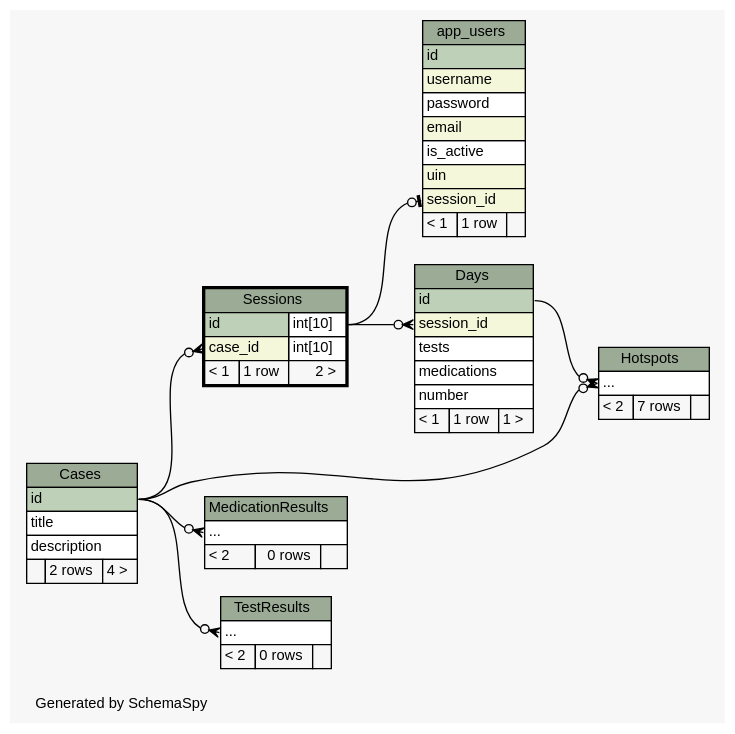
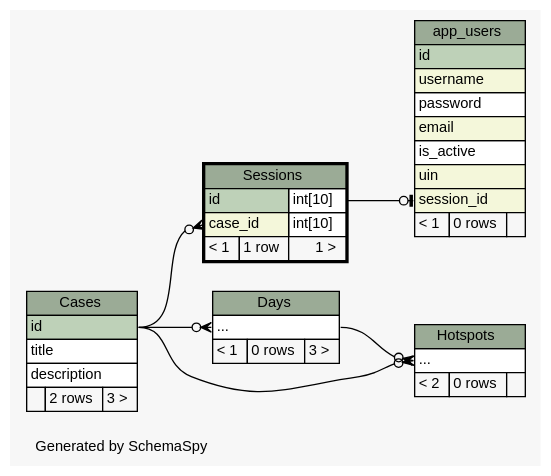
Before and after one commit to carrel2/CaseStudies: the diagram in web/files/schema/diagrams/Sessions.2degrees.dot, drawn with Graphviz. The commit also changed 88 other files, not shown here.

```diff
--- a/web/files/schema/diagrams/Sessions.2degrees.dot
+++ b/web/files/schema/diagrams/Sessions.2degrees.dot
@@ -1,112 +1,86 @@
-// dot 2.38.0 on Linux 4.4.0-59-generic
+// dot 2.38.0 on Linux 4.4.0-62-generic
 // SchemaSpy rev 590
 digraph "twoDegreesRelationshipsDiagram" {
   graph [
     rankdir="RL"
     bgcolor="#f7f7f7"
     label="\nGenerated by SchemaSpy"
     labeljust="l"
     nodesep="0.18"
     ranksep="0.46"
     fontname="Helvetica"
     fontsize="11"
   ];
   node [
     fontname="Helvetica"
     fontsize="11"
     shape="plaintext"
   ];
   edge [
     arrowsize="0.8"
   ];
   "app_users":"session_id":w -> "Sessions":"id.type":e [arrowhead=none dir=back arrowtail=teeodot];
-  "Days":"session_id":w -> "Sessions":"id.type":e [arrowhead=none dir=back arrowtail=crowodot];
+  "Days":"elipses":w -> "Cases":"id":e [arrowhead=none dir=back arrowtail=crowodot];
   "Hotspots":"elipses":w -> "Cases":"id":e [arrowhead=none dir=back arrowtail=crowodot];
-  "Hotspots":"elipses":w -> "Days":"id":e [arrowhead=none dir=back arrowtail=crowodot];
-  "MedicationResults":"elipses":w -> "Cases":"id":e [arrowhead=none dir=back arrowtail=crowodot];
+  "Hotspots":"elipses":w -> "Days":"elipses":e [arrowhead=none dir=back arrowtail=crowodot];
   "Sessions":"case_id":w -> "Cases":"id":e [arrowhead=none dir=back arrowtail=crowodot];
-  "TestResults":"elipses":w -> "Cases":"id":e [arrowhead=none dir=back arrowtail=crowodot];
   "app_users" [
     label=<
     <TABLE BORDER="0" CELLBORDER="1" CELLSPACING="0" BGCOLOR="#ffffff">
       <TR><TD COLSPAN="3" BGCOLOR="#9bab96" ALIGN="CENTER">app_users</TD></TR>
       <TR><TD PORT="id" COLSPAN="3" BGCOLOR="#bed1b8" ALIGN="LEFT">id</TD></TR>
       <TR><TD PORT="username" COLSPAN="3" BGCOLOR="#f4f7da" ALIGN="LEFT">username</TD></TR>
       <TR><TD PORT="password" COLSPAN="3" ALIGN="LEFT">password</TD></TR>
       <TR><TD PORT="email" COLSPAN="3" BGCOLOR="#f4f7da" ALIGN="LEFT">email</TD></TR>
       <TR><TD PORT="is_active" COLSPAN="3" ALIGN="LEFT">is_active</TD></TR>
       <TR><TD PORT="uin" COLSPAN="3" BGCOLOR="#f4f7da" ALIGN="LEFT">uin</TD></TR>
       <TR><TD PORT="session_id" COLSPAN="3" BGCOLOR="#f4f7da" ALIGN="LEFT">session_id</TD></TR>
-      <TR><TD ALIGN="LEFT" BGCOLOR="#f7f7f7">&lt; 1</TD><TD ALIGN="RIGHT" BGCOLOR="#f7f7f7">1 row</TD><TD ALIGN="RIGHT" BGCOLOR="#f7f7f7">  </TD></TR>
+      <TR><TD ALIGN="LEFT" BGCOLOR="#f7f7f7">&lt; 1</TD><TD ALIGN="RIGHT" BGCOLOR="#f7f7f7">0 rows</TD><TD ALIGN="RIGHT" BGCOLOR="#f7f7f7">  </TD></TR>
     </TABLE>>
     URL="app_users.html"
     tooltip="app_users"
   ];
   "Cases" [
     label=<
     <TABLE BORDER="0" CELLBORDER="1" CELLSPACING="0" BGCOLOR="#ffffff">
       <TR><TD COLSPAN="3" BGCOLOR="#9bab96" ALIGN="CENTER">Cases</TD></TR>
       <TR><TD PORT="id" COLSPAN="3" BGCOLOR="#bed1b8" ALIGN="LEFT">id</TD></TR>
       <TR><TD PORT="title" COLSPAN="3" ALIGN="LEFT">title</TD></TR>
       <TR><TD PORT="description" COLSPAN="3" ALIGN="LEFT">description</TD></TR>
-      <TR><TD ALIGN="LEFT" BGCOLOR="#f7f7f7">  </TD><TD ALIGN="RIGHT" BGCOLOR="#f7f7f7">2 rows</TD><TD ALIGN="RIGHT" BGCOLOR="#f7f7f7">4 &gt;</TD></TR>
+      <TR><TD ALIGN="LEFT" BGCOLOR="#f7f7f7">  </TD><TD ALIGN="RIGHT" BGCOLOR="#f7f7f7">2 rows</TD><TD ALIGN="RIGHT" BGCOLOR="#f7f7f7">3 &gt;</TD></TR>
     </TABLE>>
     URL="Cases.html"
     tooltip="Cases"
   ];
   "Days" [
     label=<
     <TABLE BORDER="0" CELLBORDER="1" CELLSPACING="0" BGCOLOR="#ffffff">
       <TR><TD COLSPAN="3" BGCOLOR="#9bab96" ALIGN="CENTER">Days</TD></TR>
-      <TR><TD PORT="id" COLSPAN="3" BGCOLOR="#bed1b8" ALIGN="LEFT">id</TD></TR>
-      <TR><TD PORT="session_id" COLSPAN="3" BGCOLOR="#f4f7da" ALIGN="LEFT">session_id</TD></TR>
-      <TR><TD PORT="tests" COLSPAN="3" ALIGN="LEFT">tests</TD></TR>
-      <TR><TD PORT="medications" COLSPAN="3" ALIGN="LEFT">medications</TD></TR>
-      <TR><TD PORT="number" COLSPAN="3" ALIGN="LEFT">number</TD></TR>
-      <TR><TD ALIGN="LEFT" BGCOLOR="#f7f7f7">&lt; 1</TD><TD ALIGN="RIGHT" BGCOLOR="#f7f7f7">1 row</TD><TD ALIGN="RIGHT" BGCOLOR="#f7f7f7">1 &gt;</TD></TR>
+      <TR><TD PORT="elipses" COLSPAN="3" ALIGN="LEFT">...</TD></TR>
+      <TR><TD ALIGN="LEFT" BGCOLOR="#f7f7f7">&lt; 1</TD><TD ALIGN="RIGHT" BGCOLOR="#f7f7f7">0 rows</TD><TD ALIGN="RIGHT" BGCOLOR="#f7f7f7">3 &gt;</TD></TR>
     </TABLE>>
     URL="Days.html"
     tooltip="Days"
   ];
   "Hotspots" [
     label=<
     <TABLE BORDER="0" CELLBORDER="1" CELLSPACING="0" BGCOLOR="#ffffff">
       <TR><TD COLSPAN="3" BGCOLOR="#9bab96" ALIGN="CENTER">Hotspots</TD></TR>
       <TR><TD PORT="elipses" COLSPAN="3" ALIGN="LEFT">...</TD></TR>
-      <TR><TD ALIGN="LEFT" BGCOLOR="#f7f7f7">&lt; 2</TD><TD ALIGN="RIGHT" BGCOLOR="#f7f7f7">7 rows</TD><TD ALIGN="RIGHT" BGCOLOR="#f7f7f7">  </TD></TR>
+      <TR><TD ALIGN="LEFT" BGCOLOR="#f7f7f7">&lt; 2</TD><TD ALIGN="RIGHT" BGCOLOR="#f7f7f7">0 rows</TD><TD ALIGN="RIGHT" BGCOLOR="#f7f7f7">  </TD></TR>
     </TABLE>>
     URL="Hotspots.html"
     tooltip="Hotspots"
-  ];
-  "MedicationResults" [
-    label=<
-    <TABLE BORDER="0" CELLBORDER="1" CELLSPACING="0" BGCOLOR="#ffffff">
-      <TR><TD COLSPAN="3" BGCOLOR="#9bab96" ALIGN="CENTER">MedicationResults</TD></TR>
-      <TR><TD PORT="elipses" COLSPAN="3" ALIGN="LEFT">...</TD></TR>
-      <TR><TD ALIGN="LEFT" BGCOLOR="#f7f7f7">&lt; 2</TD><TD ALIGN="RIGHT" BGCOLOR="#f7f7f7">0 rows</TD><TD ALIGN="RIGHT" BGCOLOR="#f7f7f7">  </TD></TR>
-    </TABLE>>
-    URL="MedicationResults.html"
-    tooltip="MedicationResults"
   ];
   "Sessions" [
     label=<
     <TABLE BORDER="2" CELLBORDER="1" CELLSPACING="0" BGCOLOR="#ffffff">
       <TR><TD COLSPAN="3" BGCOLOR="#9bab96" ALIGN="CENTER">Sessions</TD></TR>
       <TR><TD PORT="id" COLSPAN="2" BGCOLOR="#bed1b8" ALIGN="LEFT">id</TD><TD PORT="id.type" ALIGN="LEFT">int[10]</TD></TR>
       <TR><TD PORT="case_id" COLSPAN="2" BGCOLOR="#f4f7da" ALIGN="LEFT">case_id</TD><TD PORT="case_id.type" ALIGN="LEFT">int[10]</TD></TR>
-      <TR><TD ALIGN="LEFT" BGCOLOR="#f7f7f7">&lt; 1</TD><TD ALIGN="RIGHT" BGCOLOR="#f7f7f7">1 row</TD><TD ALIGN="RIGHT" BGCOLOR="#f7f7f7">2 &gt;</TD></TR>
+      <TR><TD ALIGN="LEFT" BGCOLOR="#f7f7f7">&lt; 1</TD><TD ALIGN="RIGHT" BGCOLOR="#f7f7f7">1 row</TD><TD ALIGN="RIGHT" BGCOLOR="#f7f7f7">1 &gt;</TD></TR>
     </TABLE>>
     URL="Sessions.html"
     tooltip="Sessions"
   ];
-  "TestResults" [
-    label=<
-    <TABLE BORDER="0" CELLBORDER="1" CELLSPACING="0" BGCOLOR="#ffffff">
-      <TR><TD COLSPAN="3" BGCOLOR="#9bab96" ALIGN="CENTER">TestResults</TD></TR>
-      <TR><TD PORT="elipses" COLSPAN="3" ALIGN="LEFT">...</TD></TR>
-      <TR><TD ALIGN="LEFT" BGCOLOR="#f7f7f7">&lt; 2</TD><TD ALIGN="RIGHT" BGCOLOR="#f7f7f7">0 rows</TD><TD ALIGN="RIGHT" BGCOLOR="#f7f7f7">  </TD></TR>
-    </TABLE>>
-    URL="TestResults.html"
-    tooltip="TestResults"
-  ];
 }
```
